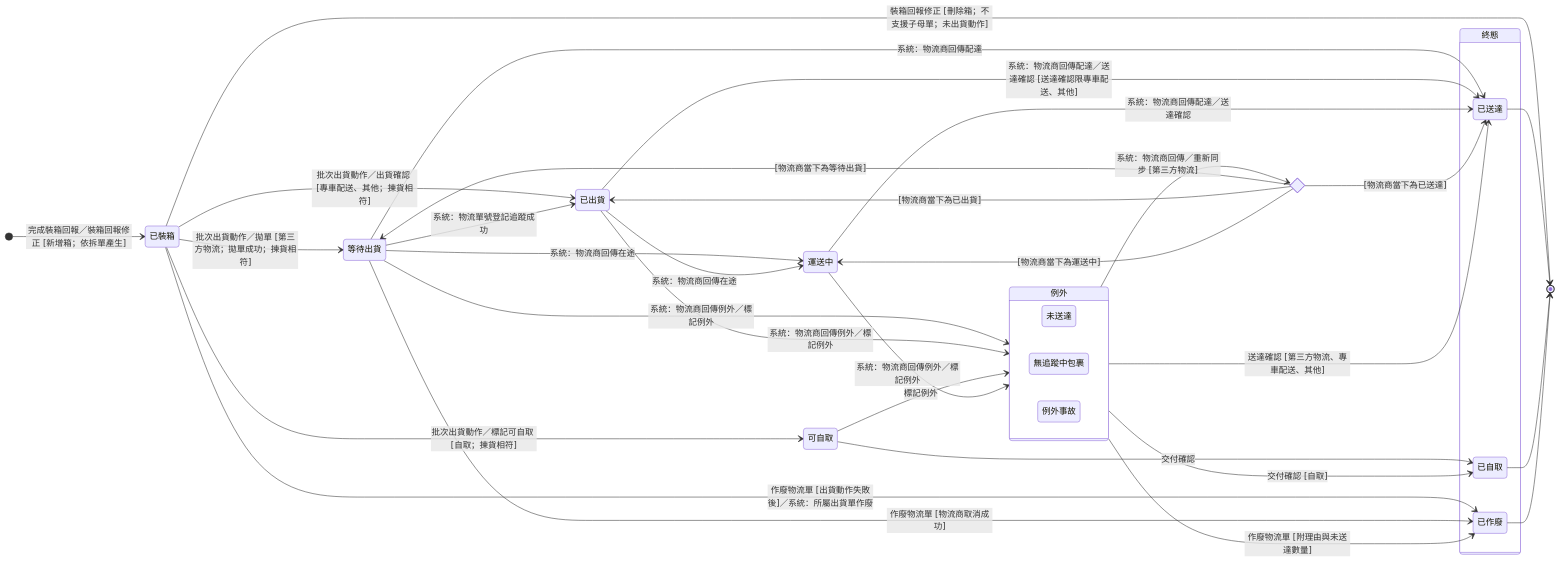
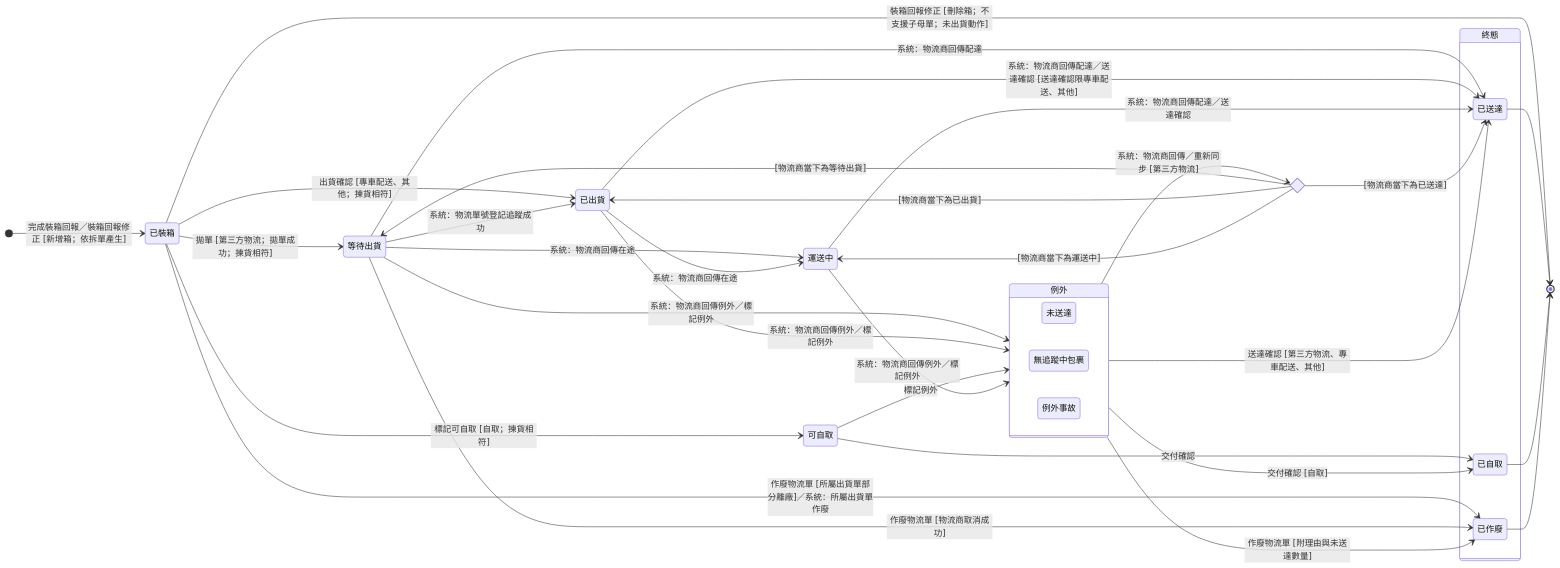
Before and after one commit to Kawato-Miles/erp-spec: the diagram in memory/Sens_wiki/wiki/erp/06-state-machines/物流單狀態.md, drawn with Mermaid. The commit also changed other lines of this file and 25 other files, not shown here.

````diff
--- a/memory/Sens_wiki/wiki/erp/06-state-machines/物流單狀態.md
+++ b/memory/Sens_wiki/wiki/erp/06-state-machines/物流單狀態.md
@@ -57,58 +58,58 @@
 ```mermaid
 stateDiagram-v2
     direction LR
 
     state "已裝箱" as s_packed
     state "等待出貨" as s_waiting
     state "已出貨" as s_shipped
     state "可自取" as s_ready
     state "運送中" as s_transit
 
     [*] --> s_packed : 完成裝箱回報／裝箱回報修正 [新增箱；依拆單產生]
 
     state "例外" as Exc {
         direction LR
         state "未送達" as e_undelivered
         state "無追蹤中包裹" as e_untracked
         state "例外事故" as e_incident
     }
 
     state "終態" as Final {
         direction LR
         state "已送達" as s_arrived
         state "已自取" as s_picked
         state "已作廢" as s_void
     }
 
     state sync <<choice>>
 
     s_packed --> [*] : 裝箱回報修正 [刪除箱；不支援子母單；未出貨動作]
-    s_packed --> s_waiting : 批次出貨動作／拋單 [第三方物流；拋單成功；揀貨相符]
-    s_packed --> s_shipped : 批次出貨動作／出貨確認 [專車配送、其他；揀貨相符]
-    s_packed --> s_ready : 批次出貨動作／標記可自取 [自取；揀貨相符]
+    s_packed --> s_waiting : 拋單 [第三方物流；拋單成功；揀貨相符]
+    s_packed --> s_shipped : 出貨確認 [專車配送、其他；揀貨相符]
+    s_packed --> s_ready : 標記可自取 [自取；揀貨相符]
     s_waiting --> s_shipped : 系統：物流單號登記追蹤成功
     s_waiting --> s_transit : 系統：物流商回傳在途
     s_shipped --> s_transit : 系統：物流商回傳在途
     s_waiting --> s_arrived : 系統：物流商回傳配達
     s_shipped --> s_arrived : 系統：物流商回傳配達／送達確認 [送達確認限專車配送、其他]
     s_transit --> s_arrived : 系統：物流商回傳配達／送達確認
     s_ready --> s_picked : 交付確認
     s_waiting --> Exc : 系統：物流商回傳例外／標記例外
     s_shipped --> Exc : 系統：物流商回傳例外／標記例外
     s_ready --> Exc : 標記例外
     s_transit --> Exc : 系統：物流商回傳例外／標記例外
     Exc --> sync : 系統：物流商回傳／重新同步 [第三方物流]
     sync --> s_waiting : [物流商當下為等待出貨]
     sync --> s_shipped : [物流商當下為已出貨]
     sync --> s_transit : [物流商當下為運送中]
     sync --> s_arrived : [物流商當下為已送達]
     Exc --> s_arrived : 送達確認 [第三方物流、專車配送、其他]
     Exc --> s_picked : 交付確認 [自取]
     Exc --> s_void : 作廢物流單 [附理由與未送達數量]
-    s_packed --> s_void : 作廢物流單 [出貨動作失敗後]／系統：所屬出貨單作廢
+    s_packed --> s_void : 作廢物流單 [所屬出貨單部分離廠]／系統：所屬出貨單作廢
     s_waiting --> s_void : 作廢物流單 [物流商取消成功]
 
     s_arrived --> [*]
     s_picked --> [*]
     s_void --> [*]
 ```
````
